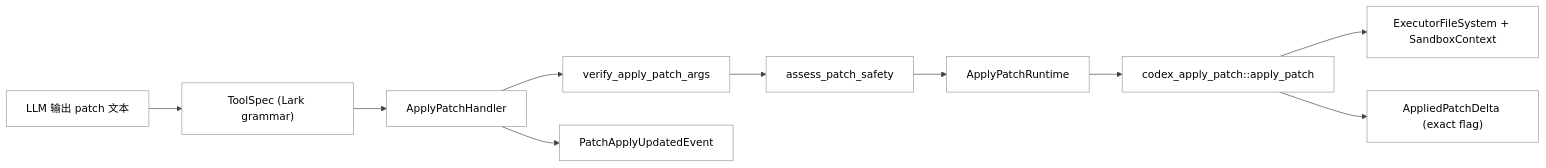
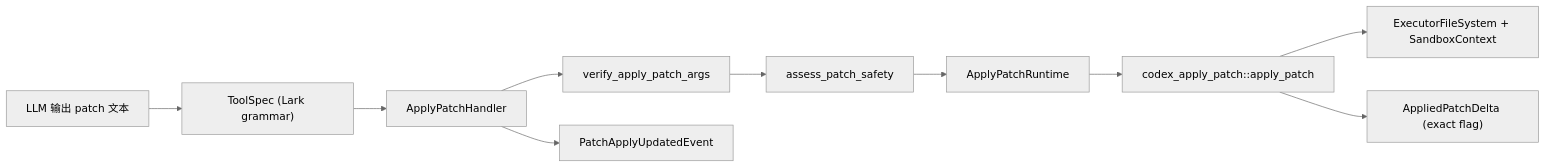
Before and after one commit to GLBB/codex-source-analysis: the first of 5 diagrams in Part II Source Analysis/11-apply_patch工具.md, drawn with Mermaid. The commit also changed other lines of this file and 29 other files, not shown here.

````diff
--- a/Part II Source Analysis/11-apply_patch工具.md
+++ b/Part II Source Analysis/11-apply_patch工具.md
@@ -108,13 +108,13 @@
 ```mermaid
-%%{init: {"theme":"neutral","themeCSS":"svg { background: #ffffff !important; }","themeVariables":{"background":"#ffffff","mainBkg":"#ffffff","lineColor":"#444444","textColor":"#000000","primaryTextColor":"#000000","fontFamily":"Helvetica"}}}%%
+%%{init:{'theme':'neutral','themeVariables':{'background':'#ffffff'}}}%%
 flowchart LR
     Model["LLM 输出 patch 文本"] --> Spec["ToolSpec (Lark grammar)"]
     Spec --> Handler["ApplyPatchHandler"]
     Handler --> Verify["verify_apply_patch_args"]
     Verify --> Safety["assess_patch_safety"]
     Safety --> Runtime["ApplyPatchRuntime"]
     Runtime --> ApplyLib["codex_apply_patch::apply_patch"]
     ApplyLib --> FS["ExecutorFileSystem + SandboxContext"]
     ApplyLib --> Delta["AppliedPatchDelta (exact flag)"]
     Handler --> Events["PatchApplyUpdatedEvent"]
 ```
````
